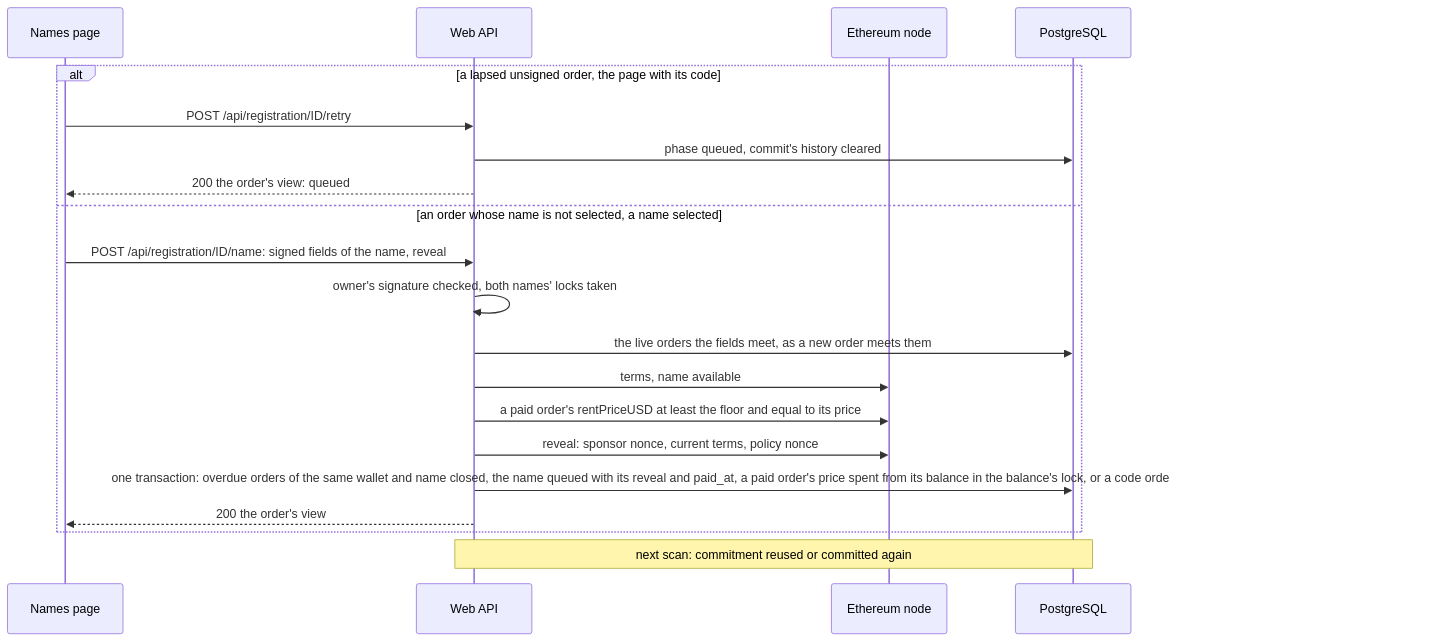
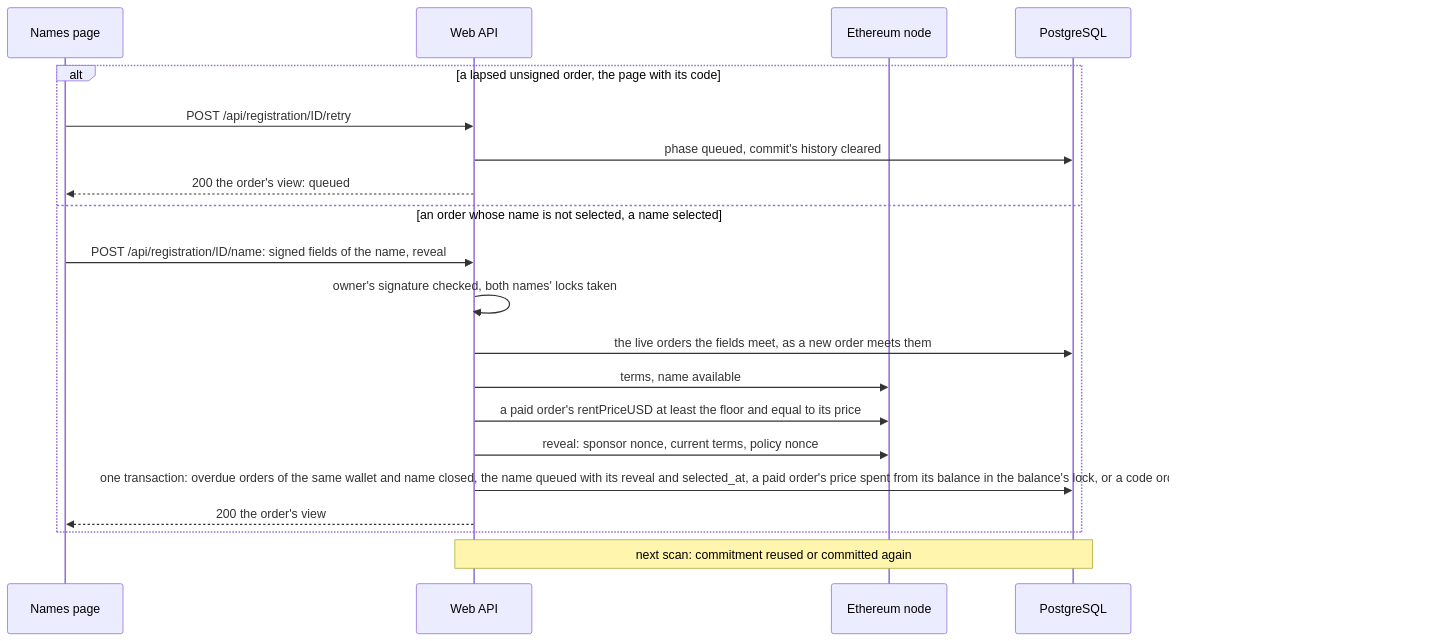
One commit to simplex-chat/simplex-chat changed the seventh of 15 diagrams in apps/simplex-store-service/docs/names.md. Above: the diagram before and after it, drawn with Mermaid. The commit also changed other lines of this file and 1 other file, not shown here.

Commit message:
names: the plan and docs define paid_at and selected_at once each

````diff
--- a/apps/simplex-store-service/docs/names.md
+++ b/apps/simplex-store-service/docs/names.md
@@ -409,22 +409,22 @@
 ```mermaid
 sequenceDiagram
   participant P as Names page
   participant W as Web API
   participant E as Ethereum node
   participant D as PostgreSQL
   alt a lapsed unsigned order, the page with its code
     P->>W: POST /api/registration/ID/retry
     W->>D: phase queued, commit's history cleared
     W-->>P: 200 the order's view: queued
   else an order whose name is not selected, a name selected
     P->>W: POST /api/registration/ID/name: signed fields of the name, reveal
     W->>W: owner's signature checked, both names' locks taken
     W->>D: the live orders the fields meet, as a new order meets them
     W->>E: terms, name available
     W->>E: a paid order's rentPriceUSD at least the floor and equal to its price
     W->>E: reveal: sponsor nonce, current terms, policy nonce
-    W->>D: one transaction: overdue orders of the same wallet and name closed, the name queued with its reveal and paid_at, a paid order's price spent from its balance in the balance's lock, or a code order's code checked and reserved in the code's lock
+    W->>D: one transaction: overdue orders of the same wallet and name closed, the name queued with its reveal and selected_at, a paid order's price spent from its balance in the balance's lock, or a code order's code checked and reserved in the code's lock
     W-->>P: 200 the order's view
   end
   Note over W,D: next scan: commitment reused or committed again
 ```
````
